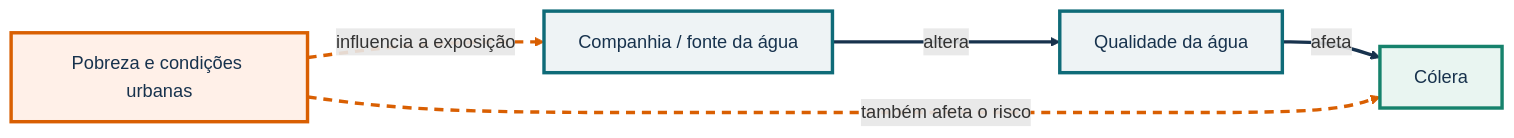
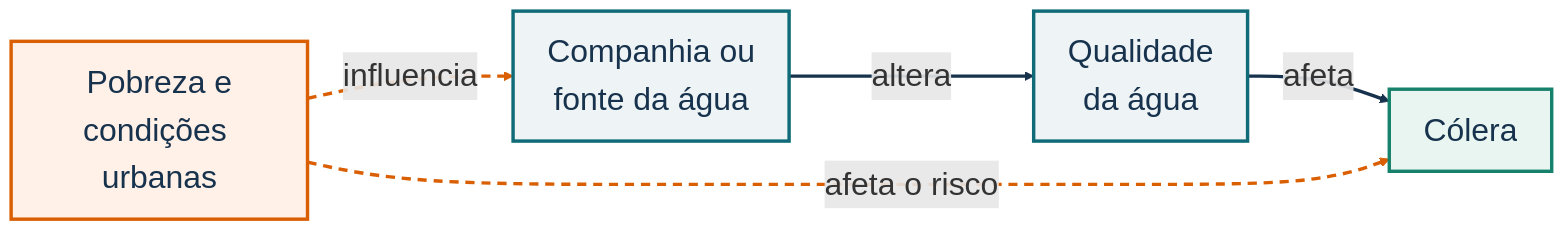
One commit to heitorramos/icd changed the second of 2 diagrams in slides/02-causalidade.qmd. Above: the diagram before and after it, drawn with Mermaid. The commit also changed other lines of this file and 2 other files, not shown here.

Commit message:
Aprimora diagramas e retrato na aula 02

````diff
--- a/slides/02-causalidade.qmd
+++ b/slides/02-causalidade.qmd
@@ -524,21 +544,22 @@
 ```{mermaid}
-%%| fig-width: 10
-%%| fig-height: 4.4
+%%| fig-width: 13
+%%| fig-height: 6
+%%{init: {"themeVariables": {"fontSize": "28px"}, "flowchart": {"nodeSpacing": 56, "rankSpacing": 62, "useMaxWidth": true}}}%%
 flowchart LR
-  C["Pobreza e condições urbanas"]:::confounder
-  A["Companhia / fonte da água"]:::exposure
-  M["Qualidade da água"]:::mediator
+  C["Pobreza e<br/>condições urbanas"]:::confounder
+  A["Companhia ou<br/>fonte da água"]:::exposure
+  M["Qualidade<br/>da água"]:::mediator
   Y["Cólera"]:::outcome
 
   A -->|altera| M
   M -->|afeta| Y
-  C -.->|influencia a exposição| A
-  C -.->|também afeta o risco| Y
+  C -.->|influencia| A
+  C -.->|afeta o risco| Y
 
   classDef confounder fill:#fff0e8,stroke:#d95f02,stroke-width:3px,color:#17324d
   classDef exposure fill:#eef3f5,stroke:#0f6b78,stroke-width:3px,color:#17324d
   classDef mediator fill:#eef3f5,stroke:#0f6b78,stroke-width:3px,color:#17324d
   classDef outcome fill:#e9f5f1,stroke:#16826c,stroke-width:3px,color:#17324d
   linkStyle 0,1 stroke:#17324d,stroke-width:3px
   linkStyle 2,3 stroke:#d95f02,stroke-width:3px,stroke-dasharray:8 6
 ```
````
